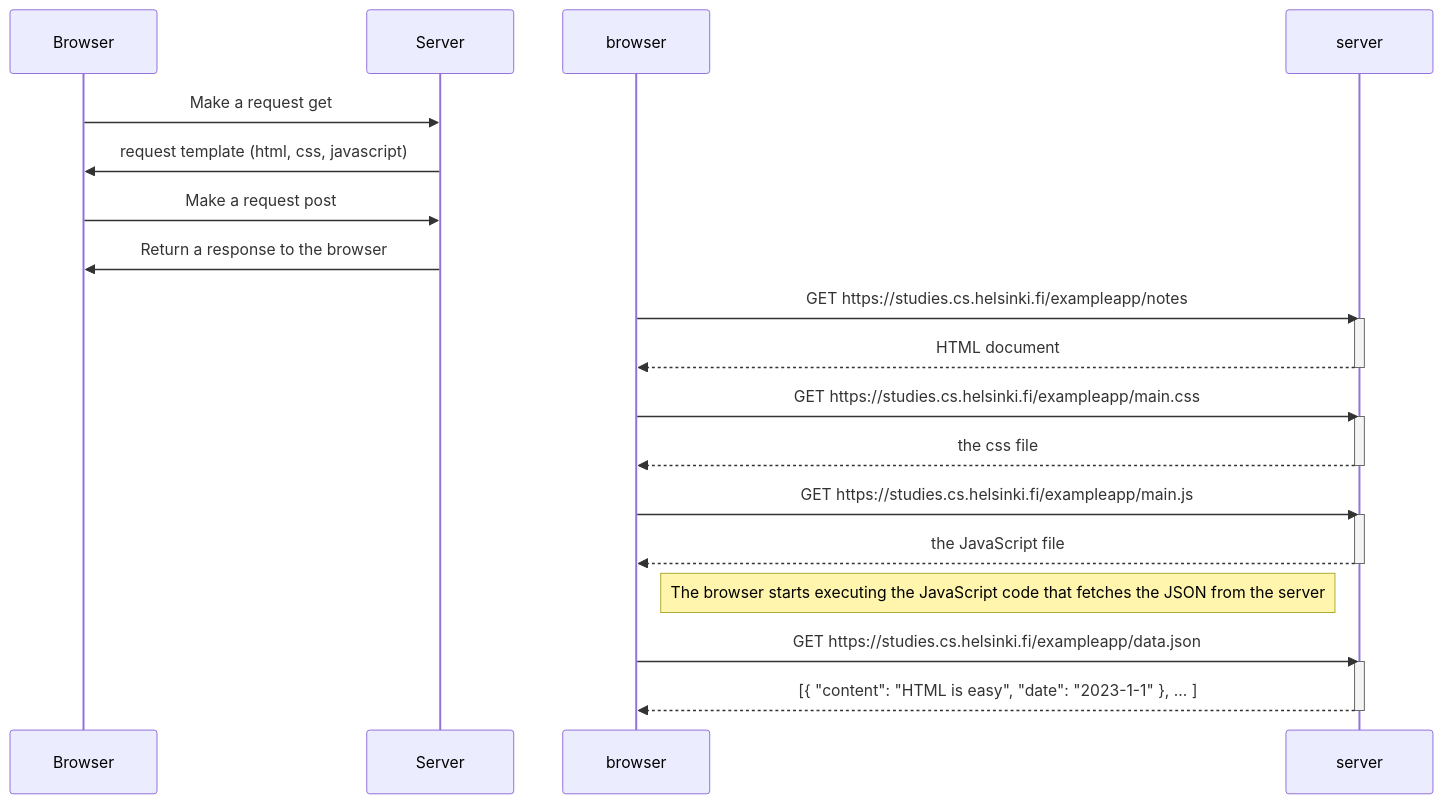
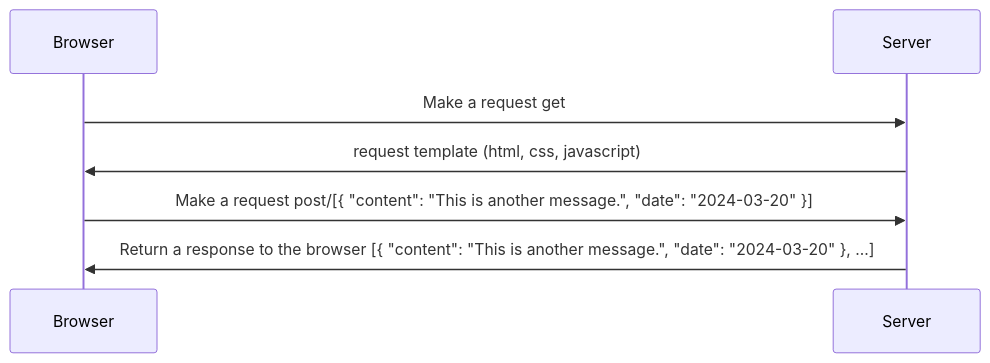
The diagram in README.md (JhonTheRipper89/SequenceDiagram), drawn with Mermaid before and after one commit.

````diff
--- a/README.md
+++ b/README.md
@@ -2,35 +2,9 @@
 ```mermaid
 sequenceDiagram
     participant Browser
     participant Server
     Browser->>Server: Make a request get
     Server->>Browser: request template (html, css, javascript)
-    Browser->>Server: Make a request post
-    Server->>Browser: Return a response to the browser
-
-
-participant browser
-    participant server
-
-    browser->>server: GET https://studies.cs.helsinki.fi/exampleapp/notes
-    activate server
-    server-->>browser: HTML document
-    deactivate server
-
-    browser->>server: GET https://studies.cs.helsinki.fi/exampleapp/main.css
-    activate server
-    server-->>browser: the css file
-    deactivate server
-
-    browser->>server: GET https://studies.cs.helsinki.fi/exampleapp/main.js
-    activate server
-    server-->>browser: the JavaScript file
-    deactivate server
-
-    Note right of browser: The browser starts executing the JavaScript code that fetches the JSON from the server
-
-    browser->>server: GET https://studies.cs.helsinki.fi/exampleapp/data.json
-    activate server
-    server-->>browser: [{ "content": "HTML is easy", "date": "2023-1-1" }, ... ]
-    deactivate server
+    Browser->>Server: Make a request post/[{ "content": "This is another message.", "date": "2024-03-20" }]
+    Server->>Browser: Return a response to the browser [{ "content": "This is another message.", "date": "2024-03-20" }, ...]
 ```
````
